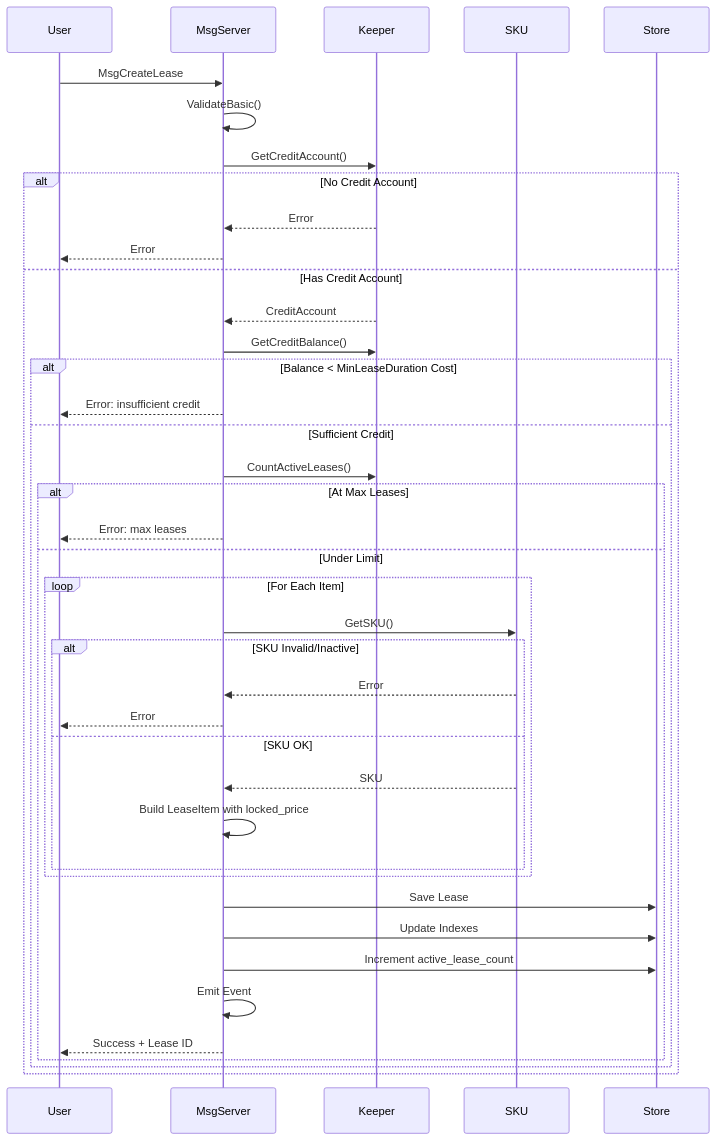
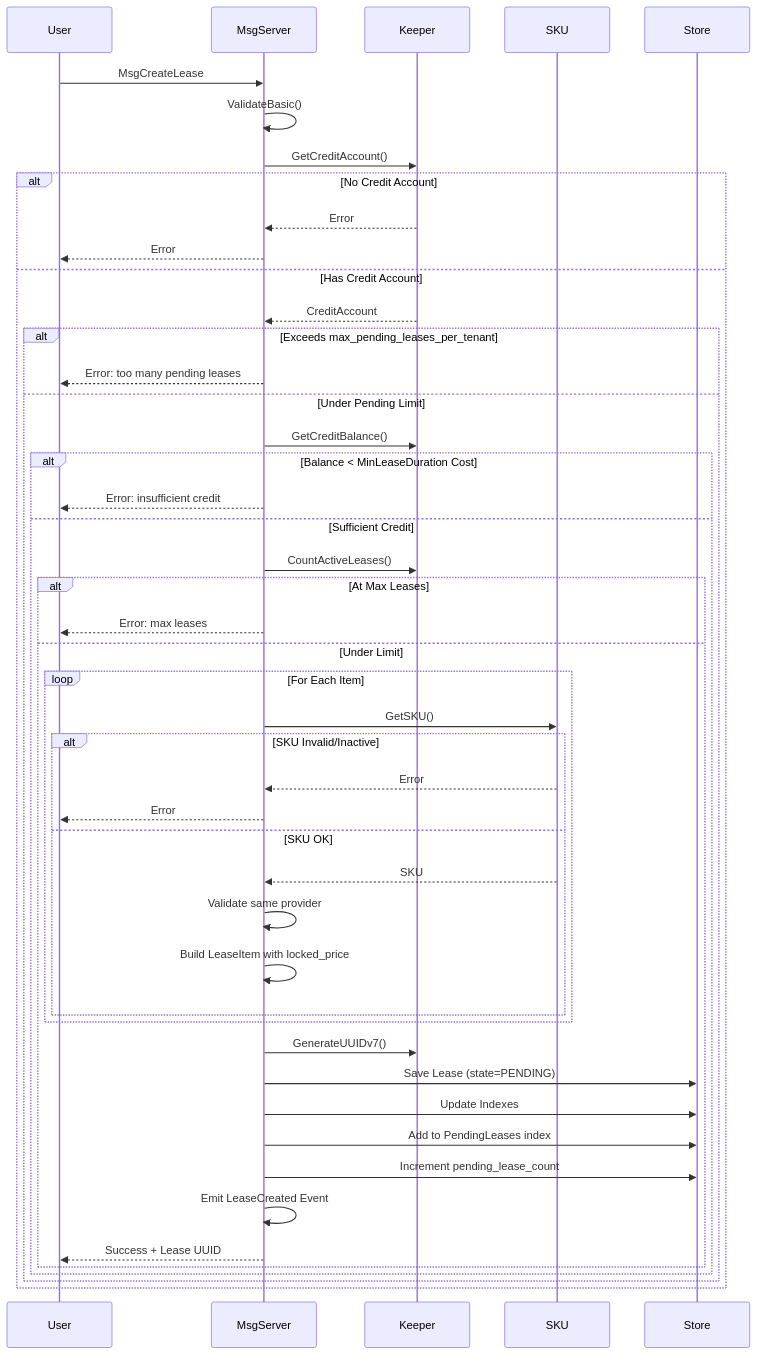
Before and after one commit to manifest-network/manifest-ledger: the sixth of 12 diagrams in x/billing/docs/ARCHITECTURE.md, drawn with Mermaid. The commit also changed other lines of this file and 26 other files, not shown here.

````diff
--- a/x/billing/docs/ARCHITECTURE.md
+++ b/x/billing/docs/ARCHITECTURE.md
@@ -192,47 +221,55 @@
 ```mermaid
 sequenceDiagram
     participant User
     participant MsgServer
     participant Keeper
     participant SKU
     participant Store
     
     User->>MsgServer: MsgCreateLease
     MsgServer->>MsgServer: ValidateBasic()
     MsgServer->>Keeper: GetCreditAccount()
     
     alt No Credit Account
         Keeper-->>MsgServer: Error
         MsgServer-->>User: Error
     else Has Credit Account
         Keeper-->>MsgServer: CreditAccount
-        MsgServer->>Keeper: GetCreditBalance()
         
-        alt Balance < MinLeaseDuration Cost
-            MsgServer-->>User: Error: insufficient credit
-        else Sufficient Credit
-            MsgServer->>Keeper: CountActiveLeases()
+        alt Exceeds max_pending_leases_per_tenant
+            MsgServer-->>User: Error: too many pending leases
+        else Under Pending Limit
+            MsgServer->>Keeper: GetCreditBalance()
             
-            alt At Max Leases
-                MsgServer-->>User: Error: max leases
-            else Under Limit
-                loop For Each Item
-                    MsgServer->>SKU: GetSKU()
-                    alt SKU Invalid/Inactive
-                        SKU-->>MsgServer: Error
-                        MsgServer-->>User: Error
-                    else SKU OK
-                        SKU-->>MsgServer: SKU
-                        MsgServer->>MsgServer: Build LeaseItem with locked_price
+            alt Balance < MinLeaseDuration Cost
+                MsgServer-->>User: Error: insufficient credit
+            else Sufficient Credit
+                MsgServer->>Keeper: CountActiveLeases()
+                
+                alt At Max Leases
+                    MsgServer-->>User: Error: max leases
+                else Under Limit
+                    loop For Each Item
+                        MsgServer->>SKU: GetSKU()
+                        alt SKU Invalid/Inactive
+                            SKU-->>MsgServer: Error
+                            MsgServer-->>User: Error
+                        else SKU OK
+                            SKU-->>MsgServer: SKU
+                            MsgServer->>MsgServer: Validate same provider
+                            MsgServer->>MsgServer: Build LeaseItem with locked_price
+                        end
                     end
+                    
+                    MsgServer->>Keeper: GenerateUUIDv7()
+                    MsgServer->>Store: Save Lease (state=PENDING)
+                    MsgServer->>Store: Update Indexes
+                    MsgServer->>Store: Add to PendingLeases index
+                    MsgServer->>Store: Increment pending_lease_count
+                    MsgServer->>MsgServer: Emit LeaseCreated Event
+                    MsgServer-->>User: Success + Lease UUID
                 end
-                
-                MsgServer->>Store: Save Lease
-                MsgServer->>Store: Update Indexes
-                MsgServer->>Store: Increment active_lease_count
-                MsgServer->>MsgServer: Emit Event
-                MsgServer-->>User: Success + Lease ID
             end
         end
     end
 ```
````
